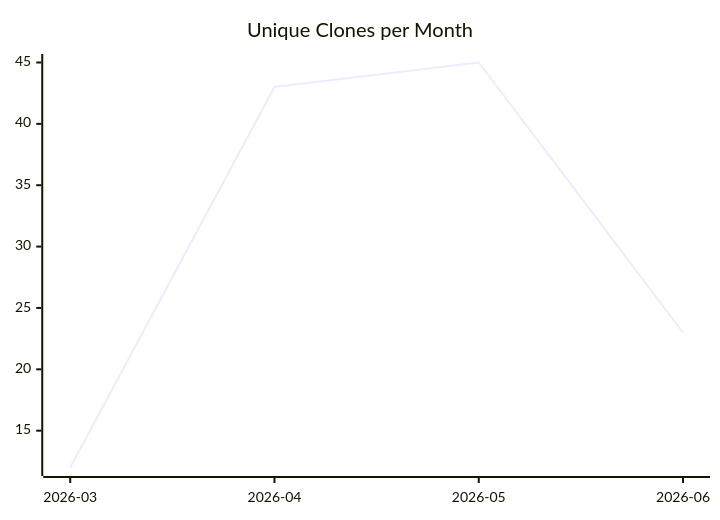
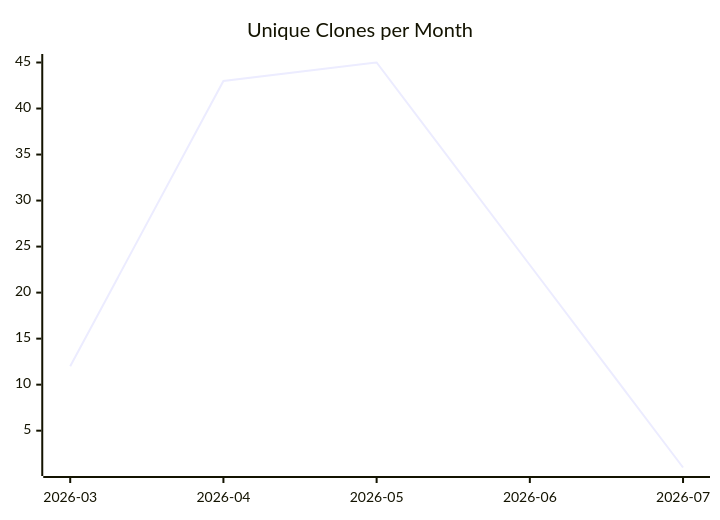
The third of 3 diagrams in karlmdavis/ksoap2-android/README.md (justdavis-family/github-analytics-data), drawn with Mermaid before and after one commit. The commit also changed other lines of this file and 199 other files, not shown here.

````diff
--- a/karlmdavis/ksoap2-android/README.md
+++ b/karlmdavis/ksoap2-android/README.md
@@ -19,6 +19,6 @@
 ```mermaid
 xychart-beta
   title "Unique Clones per Month"
-  x-axis ["2026-03", "2026-04", "2026-05", "2026-06"]
-  line [12, 43, 45, 23]
+  x-axis ["2026-03", "2026-04", "2026-05", "2026-06", "2026-07"]
+  line [12, 43, 45, 23, 1]
 ```
````
